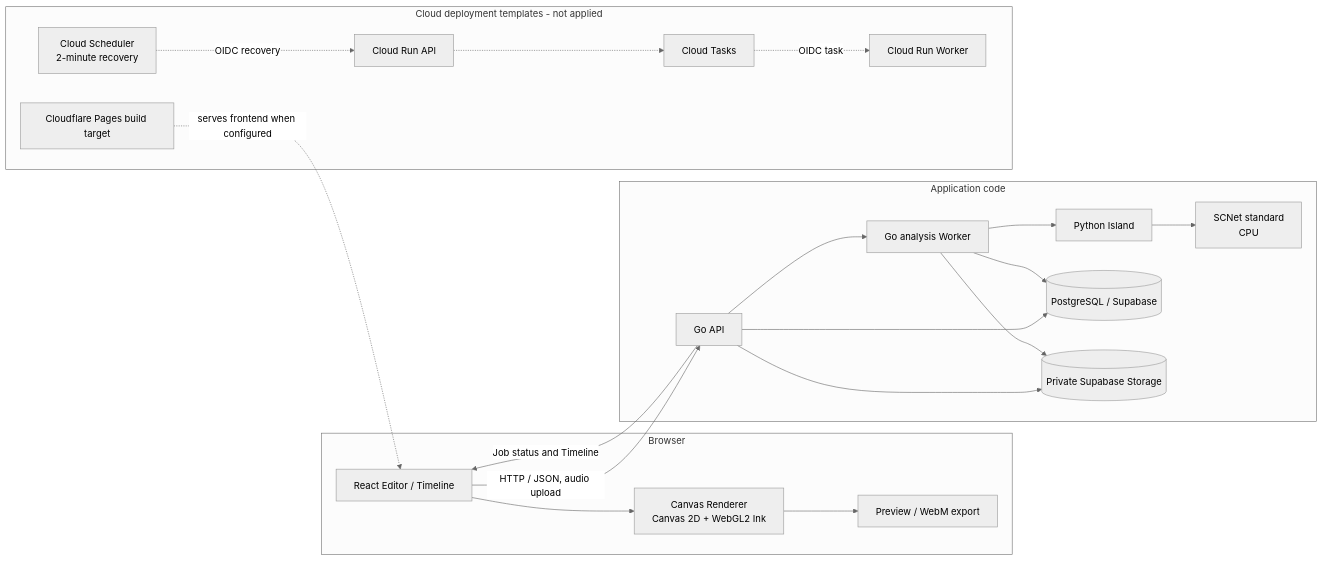
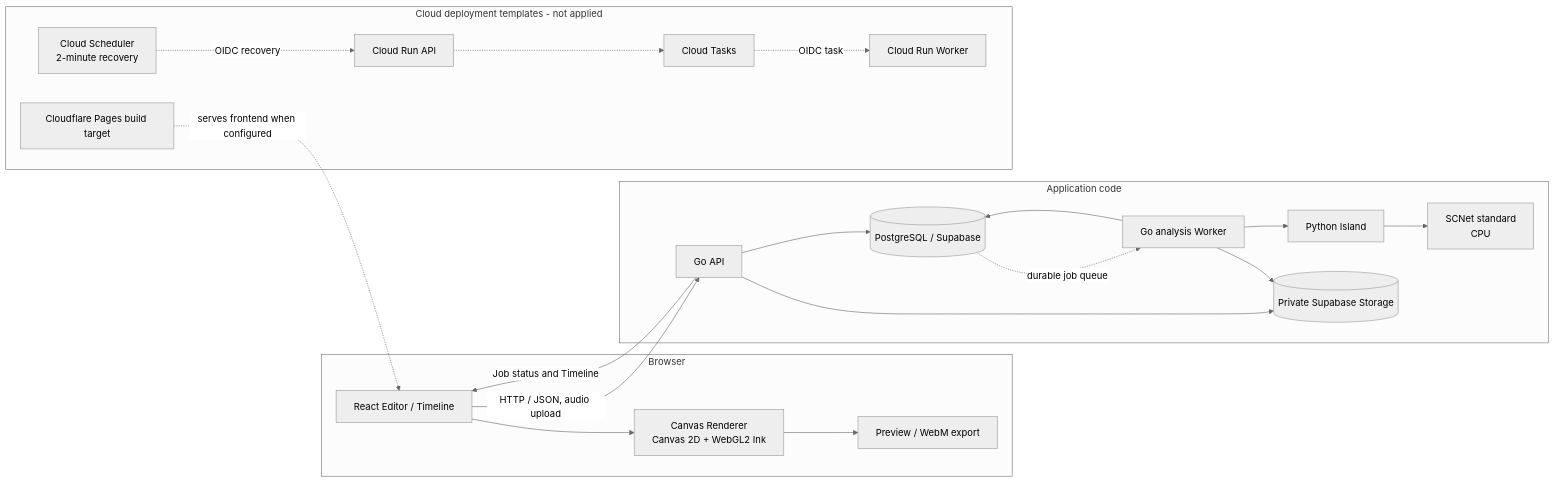
One commit to JunA-priv/audio-reactive-visual-compiler changed the diagram in README.md. Above: the diagram before and after it, drawn with Mermaid (neutral theme).

Commit message:
docs: refine README architecture diagram

````diff
--- a/README.md
+++ b/README.md
@@ -51,39 +51,39 @@
 ```mermaid
 flowchart LR
   subgraph Client[Browser]
     UI[React Editor / Timeline]
-    Render[Canvas Renderer\nCanvas 2D + WebGL2 Ink]
+    Render[Canvas Renderer<br/>Canvas 2D + WebGL2 Ink]
     Export[Preview / WebM export]
     UI --> Render --> Export
   end
 
   subgraph Services[Application code]
     API[Go API]
     Worker[Go analysis Worker]
     Py[Python Island]
-    SC[SCNet standard\nCPU]
+    SC[SCNet standard<br/>CPU]
     DB[(PostgreSQL / Supabase)]
     Store[(Private Supabase Storage)]
-    API --> Worker
     Worker --> Py --> SC
     API --> DB
     Worker --> DB
+    DB -. durable job queue .-> Worker
     API --> Store
     Worker --> Store
   end
 
   UI -->|HTTP / JSON, audio upload| API
   API -->|Job status and Timeline| UI
 
   subgraph CloudTemplates[Cloud deployment templates - not applied]
     Tasks[Cloud Tasks]
     Scheduler[Cloud Scheduler\n2-minute recovery]
     RunAPI[Cloud Run API]
     RunWorker[Cloud Run Worker]
     CF[Cloudflare Pages build target]
     RunAPI -.-> Tasks
     Tasks -.OIDC task.-> RunWorker
     Scheduler -.OIDC recovery.-> RunAPI
     CF -.serves frontend when configured.-> UI
   end
 ```
````
